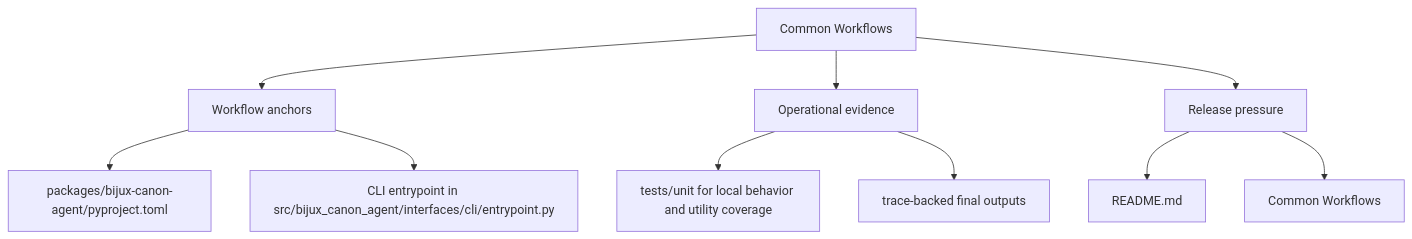
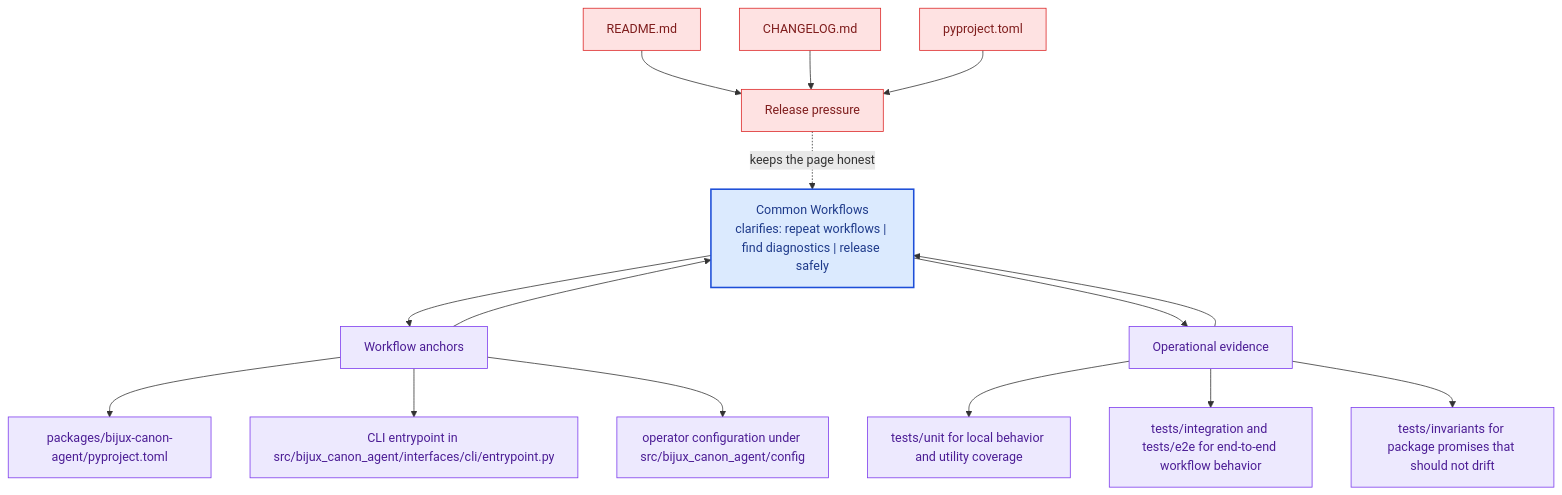
The second of 2 diagrams in docs/bijux-canon-agent/operations/common-workflows.md (bijux/bijux-canon), drawn with Mermaid before and after one commit. The commit also changed other lines of this file and 281 other files, not shown here.

Commit message:
docs(diagrams): deepen handbook mermaid maps across the catalog

````diff
--- a/docs/bijux-canon-agent/operations/common-workflows.md
+++ b/docs/bijux-canon-agent/operations/common-workflows.md
@@ -34,22 +67,41 @@
 ```mermaid
-flowchart TD
-    page["Common Workflows"]
+flowchart TB
+    promise["Common Workflows<br/>clarifies: repeat workflows | find diagnostics | release safely"]
+    classDef promise fill:#dbeafe,stroke:#1d4ed8,color:#1e3a8a,stroke-width:2px;
+    classDef driver fill:#dcfce7,stroke:#16a34a,color:#14532d;
+    classDef constraint fill:#fee2e2,stroke:#dc2626,color:#7f1d1d;
+    classDef ground fill:#ede9fe,stroke:#7c3aed,color:#4c1d95;
     focus1["Workflow anchors"]
-    page --> focus1
+    focus1 --> promise
+    promise --> focus1
     focus1_1["packages/bijux-canon-agent/pyproject.toml"]
     focus1 --> focus1_1
     focus1_2["CLI entrypoint in src/bijux_canon_agent/interfaces/cli/entrypoint.py"]
     focus1 --> focus1_2
+    focus1_3["operator configuration under src/bijux_canon_agent/config"]
+    focus1 --> focus1_3
+    class focus1 ground;
+    class focus1_1,focus1_2,focus1_3 ground;
     focus2["Operational evidence"]
-    page --> focus2
+    focus2 --> promise
+    promise --> focus2
     focus2_1["tests/unit for local behavior and utility coverage"]
     focus2 --> focus2_1
-    focus2_2["trace-backed final outputs"]
+    focus2_2["tests/integration and tests/e2e for end-to-end workflow behavior"]
     focus2 --> focus2_2
+    focus2_3["tests/invariants for package promises that should not drift"]
+    focus2 --> focus2_3
+    class focus2 ground;
+    class focus2_1,focus2_2,focus2_3 ground;
     focus3["Release pressure"]
-    page --> focus3
+    focus3 -.keeps the page honest.-> promise
     focus3_1["README.md"]
-    focus3 --> focus3_1
-    focus3_2["Common Workflows"]
-    focus3 --> focus3_2
+    focus3_1 --> focus3
+    focus3_2["CHANGELOG.md"]
+    focus3_2 --> focus3
+    focus3_3["pyproject.toml"]
+    focus3_3 --> focus3
+    class focus3 constraint;
+    class focus3_1,focus3_2,focus3_3 constraint;
+    class promise promise;
 ```
````
